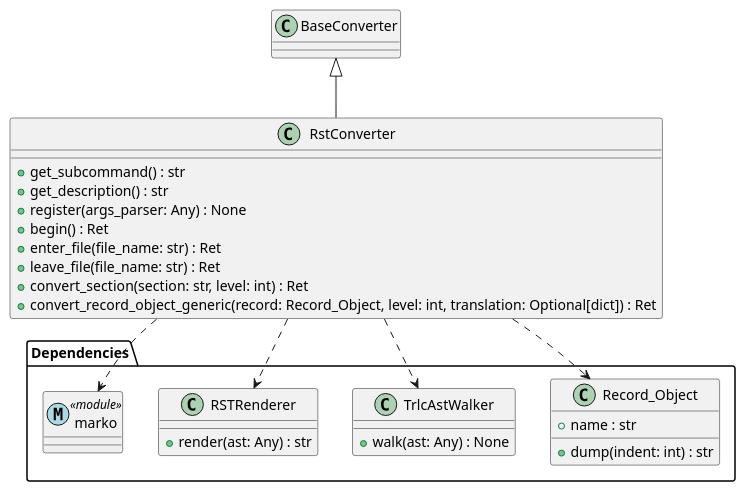
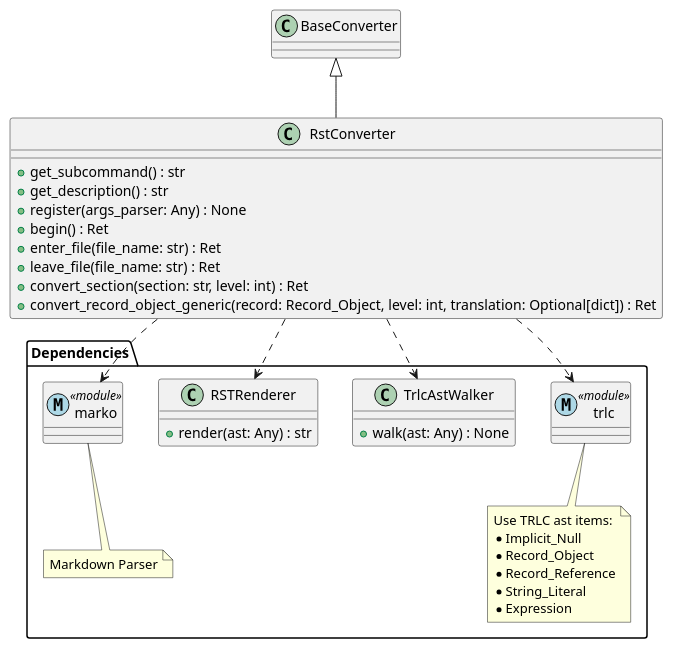
The diagram in doc/architecture/components/comp_rst_converter.puml (NewTec-GmbH/pyTRLCConverter), drawn with PlantUML before and after one commit. The commit also changed 12 other files, not shown here.

```diff
--- a/doc/architecture/components/comp_rst_converter.puml
+++ b/doc/architecture/components/comp_rst_converter.puml
@@ -1,41 +1,52 @@
 @startuml
 class BaseConverter {
 }
 
 class RstConverter extends BaseConverter {
     +get_subcommand() : str
     +get_description() : str
     +register(args_parser: Any) : None
     +begin() : Ret
     +enter_file(file_name: str) : Ret
     +leave_file(file_name: str) : Ret
     +convert_section(section: str, level: int) : Ret
     +convert_record_object_generic(record: Record_Object, level: int, translation: Optional[dict]) : Ret
 }
 
 ' Define external dependencies
 package "Dependencies" {
 
-    class Record_Object {
-        + name : str
-        + dump(indent: int) : str
+    class trlc <<(M ,lightblue) module>>{
     }
+
+    note bottom of trlc
+        Use TRLC ast items:
+        * Implicit_Null
+        * Record_Object
+        * Record_Reference
+        * String_Literal
+        * Expression
+    end note
 
     class TrlcAstWalker {
         + walk(ast: Any) : None
     }
 
     class RSTRenderer {
         + render(ast: Any) : str
     }
 
     class marko <<(M ,lightblue) module>> {
     }
+    note bottom of marko
+        Markdown Parser
+    end note
 }
 
 ' Relationships
-RstConverter ..> Record_Object
+RstConverter ..> trlc
 RstConverter ..> TrlcAstWalker
 RstConverter ..> RSTRenderer
 RstConverter ..> marko
+
 @enduml
```
